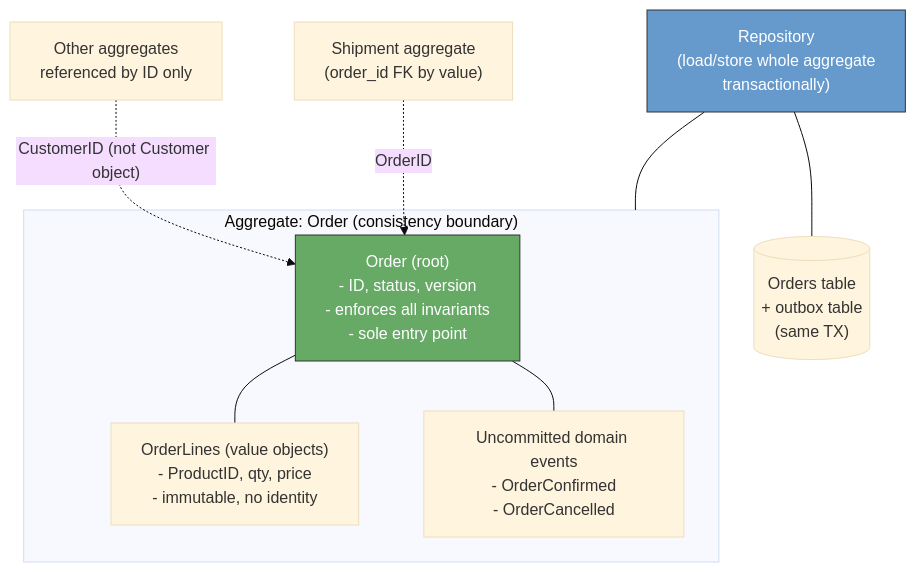
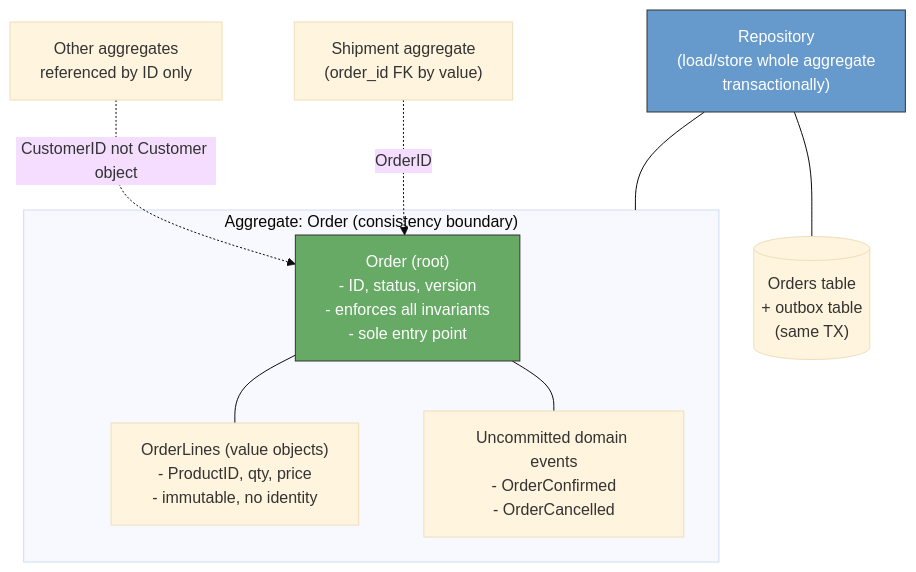
One commit to bumbsclaw/textbooks changed the first of 7 diagrams in vol-15-swe-practice/ch05-ddd.md. Above: the diagram before and after it, drawn with Mermaid (base theme). The commit also changed other lines of this file and 173 other files, not shown here.

First line of the commit message:
fix(mermaid): close note brackets, semicolons in Notes, stateDiagram br -> dash, edge parens

````diff
--- a/vol-15-swe-practice/ch05-ddd.md
+++ b/vol-15-swe-practice/ch05-ddd.md
@@ -255,19 +255,19 @@
 ```mermaid
 flowchart TB
     subgraph Aggregate["Aggregate: Order (consistency boundary)"]
         ROOT["Order (root)\n- ID, status, version\n- enforces all invariants\n- sole entry point"]
         LINES["OrderLines (value objects)\n- ProductID, qty, price\n- immutable, no identity"]
         EVENTS["Uncommitted domain events\n- OrderConfirmed\n- OrderCancelled"]
         ROOT --- LINES
         ROOT --- EVENTS
     end
 
-    EXT1["Other aggregates\nreferenced by ID only"] -.->|"CustomerID (not Customer object)"| ROOT
+    EXT1["Other aggregates\nreferenced by ID only"] -.->|"CustomerID not Customer object "| ROOT
     EXT2["Shipment aggregate\n(order_id FK by value)"] -.->|"OrderID"| ROOT
 
     REPO["Repository\n(load/store whole aggregate\ntransactionally)"] --- Aggregate
     REPO --- DB[("Orders table\n+ outbox table\n(same TX)")]
 
     style ROOT fill:#6a6,stroke:#333,color:#fff
     style REPO fill:#69c,stroke:#333,color:#fff
 ```
````
